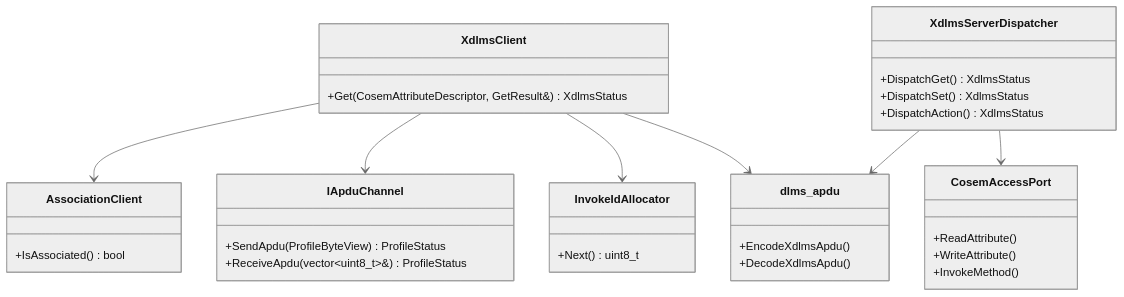
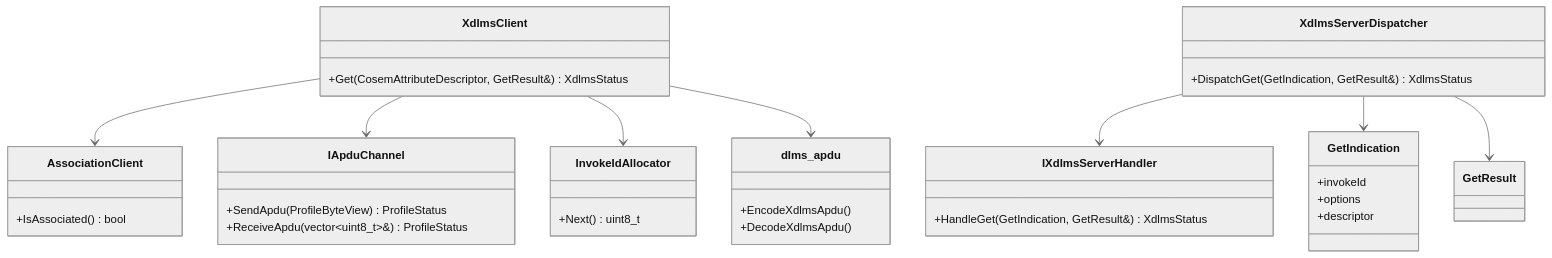
The third of 4 diagrams in docs/architecture.md (gvtret/dlms-xdlms), drawn with Mermaid (neutral theme) before and after one commit. The commit also changed other lines of this file and 4 other files, not shown here.

First line of the commit message:
docs(xdlms): define server normal get boundary

````diff
--- a/docs/architecture.md
+++ b/docs/architecture.md
@@ -45,43 +43,46 @@
 ```mermaid
 classDiagram
   class XdlmsClient {
     +Get(CosemAttributeDescriptor, GetResult&) XdlmsStatus
   }
 
   class AssociationClient {
     +IsAssociated() bool
   }
 
   class IApduChannel {
     +SendApdu(ProfileByteView) ProfileStatus
     +ReceiveApdu(vector~uint8_t~&) ProfileStatus
   }
 
   class InvokeIdAllocator {
     +Next() uint8_t
   }
 
   class XdlmsServerDispatcher {
-    +DispatchGet() XdlmsStatus
-    +DispatchSet() XdlmsStatus
-    +DispatchAction() XdlmsStatus
+    +DispatchGet(GetIndication, GetResult&) XdlmsStatus
   }
 
-  class CosemAccessPort {
-    +ReadAttribute()
-    +WriteAttribute()
-    +InvokeMethod()
+  class IXdlmsServerHandler {
+    +HandleGet(GetIndication, GetResult&) XdlmsStatus
+  }
+
+  class GetIndication {
+    +invokeId
+    +options
+    +descriptor
   }
 
   class dlms_apdu {
     +EncodeXdlmsApdu()
     +DecodeXdlmsApdu()
   }
 
   XdlmsClient --> AssociationClient
   XdlmsClient --> IApduChannel
   XdlmsClient --> InvokeIdAllocator
   XdlmsClient --> dlms_apdu
-  XdlmsServerDispatcher --> CosemAccessPort
-  XdlmsServerDispatcher --> dlms_apdu
+  XdlmsServerDispatcher --> IXdlmsServerHandler
+  XdlmsServerDispatcher --> GetIndication
+  XdlmsServerDispatcher --> GetResult
 ```
````
